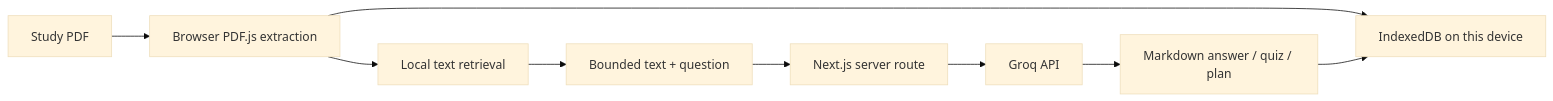
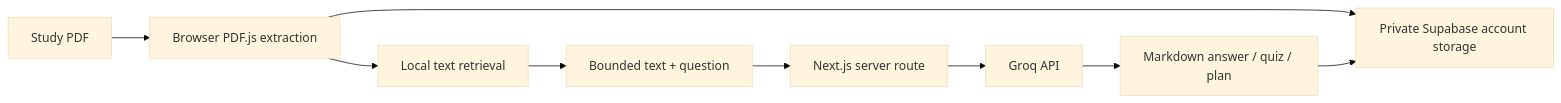
One commit to chaitanya9560/Clariqo changed the diagram in README.md. Above: the diagram before and after it, drawn with Mermaid (base theme). The commit also changed other lines of this file and 30 other files, not shown here.

Commit message:
Add verified email login and private account study storage

````diff
--- a/README.md
+++ b/README.md
@@ -33,11 +33,11 @@
 ```mermaid
 flowchart LR
     PDF[Study PDF] --> Browser[Browser PDF.js extraction]
     Browser --> Search[Local text retrieval]
-    Browser --> Storage[IndexedDB on this device]
+    Browser --> Storage[Private Supabase account storage]
     Search --> API[Bounded text + question]
     API --> Server[Next.js server route]
     Server --> Groq[Groq API]
     Groq --> Answer[Markdown answer / quiz / plan]
     Answer --> Storage
 ```
````
